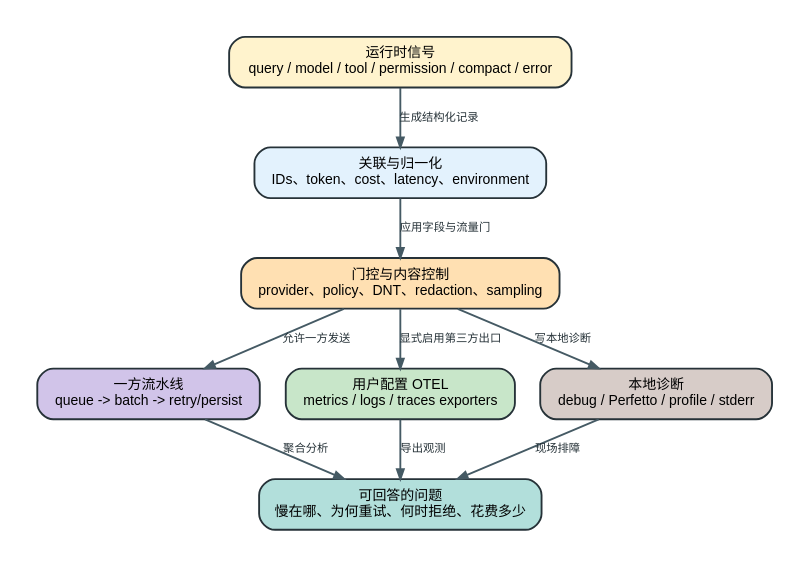
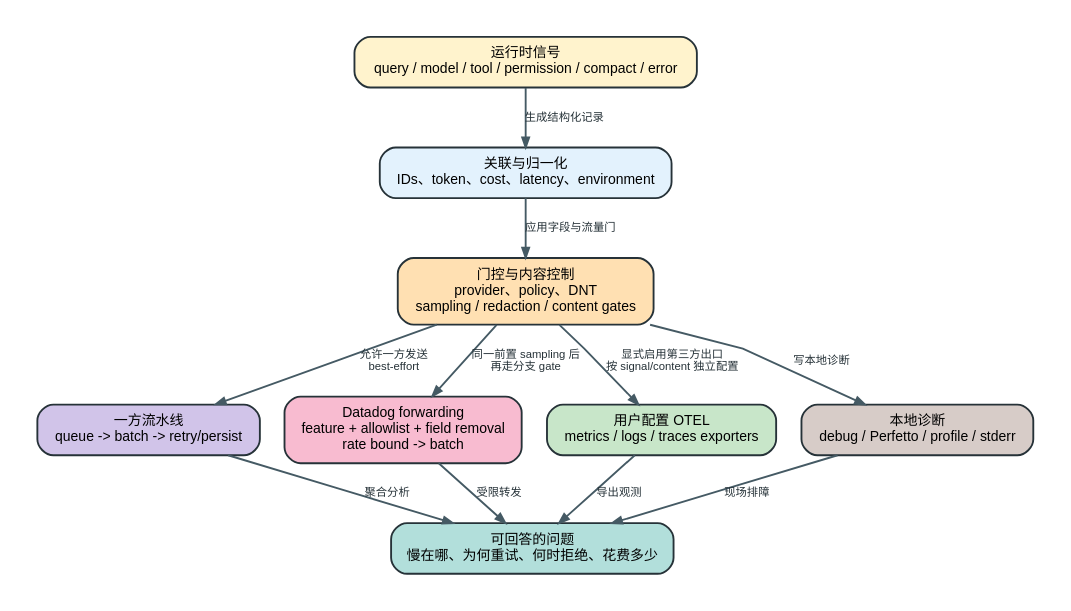
One commit to SwallOwDili/claudecodecli-sourcecode changed the diagram in analysis/visuals/telemetry-pipeline.dot. Above: the diagram before and after it, drawn with Graphviz. The commit also changed 23 other files, not shown here.

```diff
--- a/analysis/visuals/telemetry-pipeline.dot
+++ b/analysis/visuals/telemetry-pipeline.dot
@@ -1,22 +1,27 @@
 digraph telemetry_pipeline {
   graph [rankdir=TB, bgcolor="#ffffff", pad="0.28", nodesep="0.27", ranksep="0.48", splines=polyline, fontname="Arial, PingFang SC, Microsoft YaHei"];
   node [shape=box, style="rounded,filled", color="#263238", penwidth=1.4, margin="0.15,0.10", fontname="Arial, PingFang SC, Microsoft YaHei", fontsize=10.5];
   edge [color="#455a64", penwidth=1.4, arrowsize=0.75, fontname="Arial, PingFang SC, Microsoft YaHei", fontsize=8.5, fontcolor="#263238"];
 
   events [label="运行时信号\nquery / model / tool / permission / compact / error", fillcolor="#fff3cd"];
   enrich [label="关联与归一化\nIDs、token、cost、latency、environment", fillcolor="#e3f2fd"];
-  privacy [label="门控与内容控制\nprovider、policy、DNT、redaction、sampling", fillcolor="#ffe0b2"];
+  privacy [label="门控与内容控制\nprovider、policy、DNT\nsampling / redaction / content gates", fillcolor="#ffe0b2"];
   first [label="一方流水线\nqueue -> batch -> retry/persist", fillcolor="#d1c4e9"];
+  datadog [label="Datadog forwarding\nfeature + allowlist + field removal\nrate bound -> batch", fillcolor="#f8bbd0"];
   otel [label="用户配置 OTEL\nmetrics / logs / traces exporters", fillcolor="#c8e6c9"];
   local [label="本地诊断\ndebug / Perfetto / profile / stderr", fillcolor="#d7ccc8"];
   diagnose [label="可回答的问题\n慢在哪、为何重试、何时拒绝、花费多少", fillcolor="#b2dfdb"];
 
+  { rank=same; first; datadog; otel; local; }
+
   events -> enrich [label="生成结构化记录"];
   enrich -> privacy [label="应用字段与流量门"];
-  privacy -> first [label="允许一方发送"];
-  privacy -> otel [label="显式启用第三方出口"];
+  privacy -> first [label="允许一方发送\nbest-effort"];
+  privacy -> datadog [label="同一前置 sampling 后\n再走分支 gate"];
+  privacy -> otel [label="显式启用第三方出口\n按 signal/content 独立配置"];
   privacy -> local [label="写本地诊断"];
   first -> diagnose [label="聚合分析"];
+  datadog -> diagnose [label="受限转发"];
   otel -> diagnose [label="导出观测"];
   local -> diagnose [label="现场排障"];
 }
```
